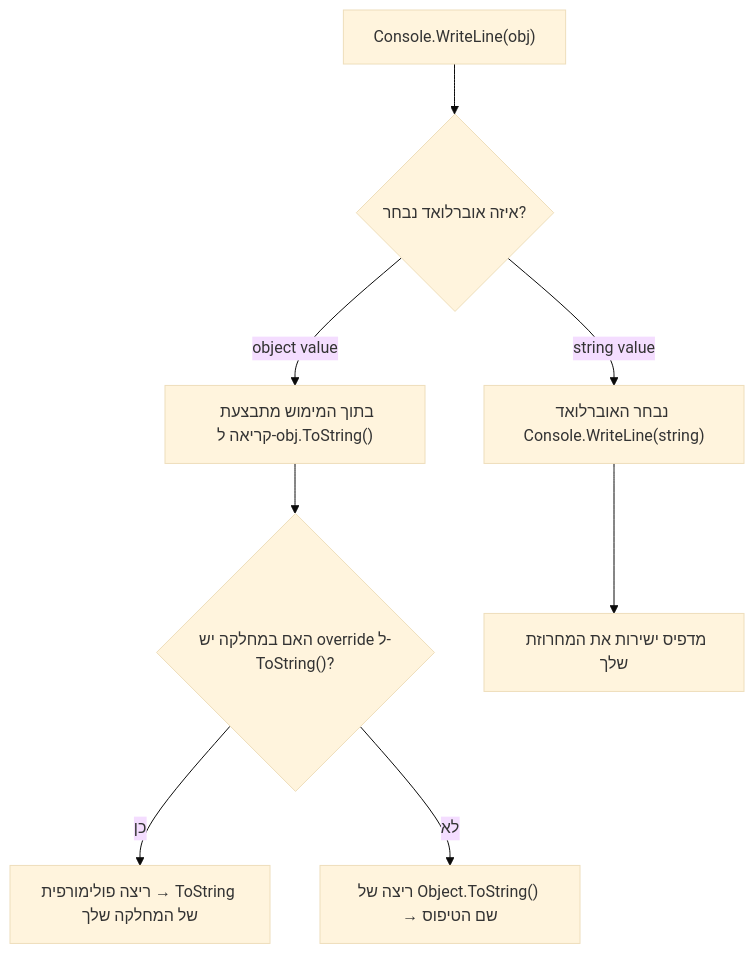
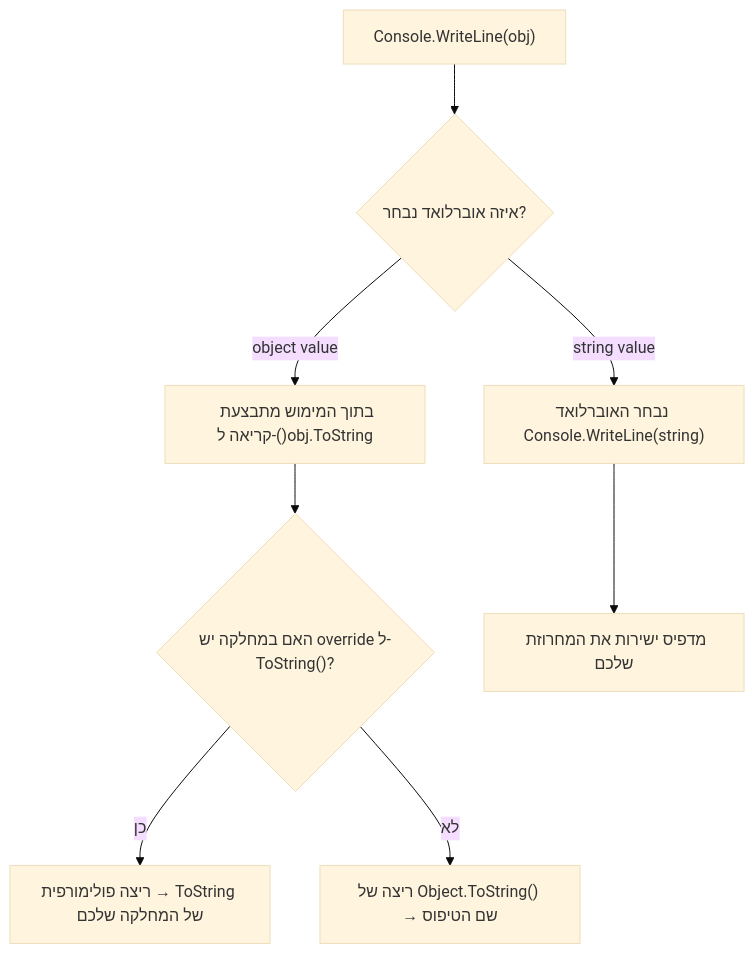
The diagram in oop/02Polymorphism4CwToString.md (3strategy/BeautifulMivney), drawn with Mermaid (base theme) before and after one commit. The commit also changed other lines of this file and 1 other file, not shown here.

```diff
--- a/oop/02Polymorphism4CwToString.md
+++ b/oop/02Polymorphism4CwToString.md
@@ -67,14 +69,14 @@
 <div class="mermaid">
 graph TD
 A["Console.WriteLine(obj)"] --> B{איזה אוברלואד נבחר?}
-B -->|object value| C["בתוך המימוש מתבצעת קריאה ל-obj.ToString()"]
+B -->|object value| C["בתוך המימוש מתבצעת קריאה ל-()obj.ToString"]
 
 
 C --> D{"האם במחלקה יש override ל-ToString()?"}
-D -->|כן| E[ריצה פולימורפית → ToString של המחלקה שלך]
+D -->|כן| E[ריצה פולימורפית → ToString של המחלקה שלכם]
 D -->|לא| F["ריצה של Object.ToString() → שם הטיפוס"]
 
 
 B -->|string value| G["נבחר האוברלואד Console.WriteLine(string)"]
-G --> H[מדפיס ישירות את המחרוזת שלך]
+G --> H[מדפיס ישירות את המחרוזת שלכם]
 </div>
```
